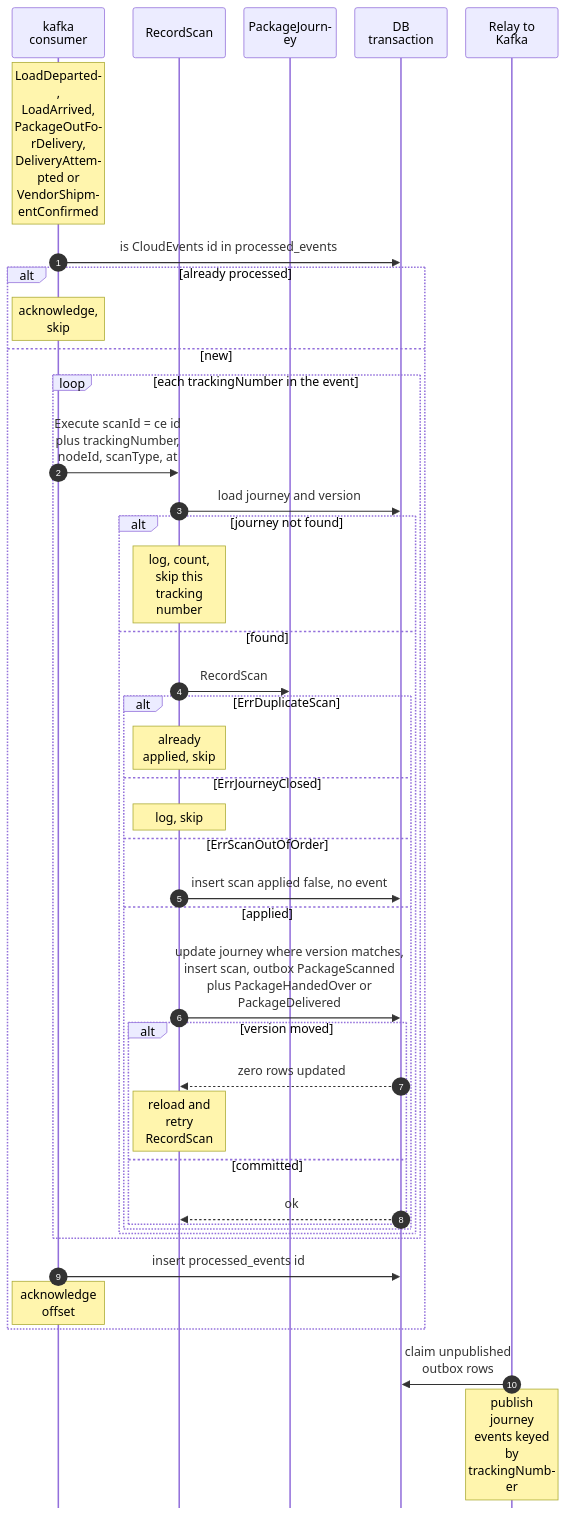
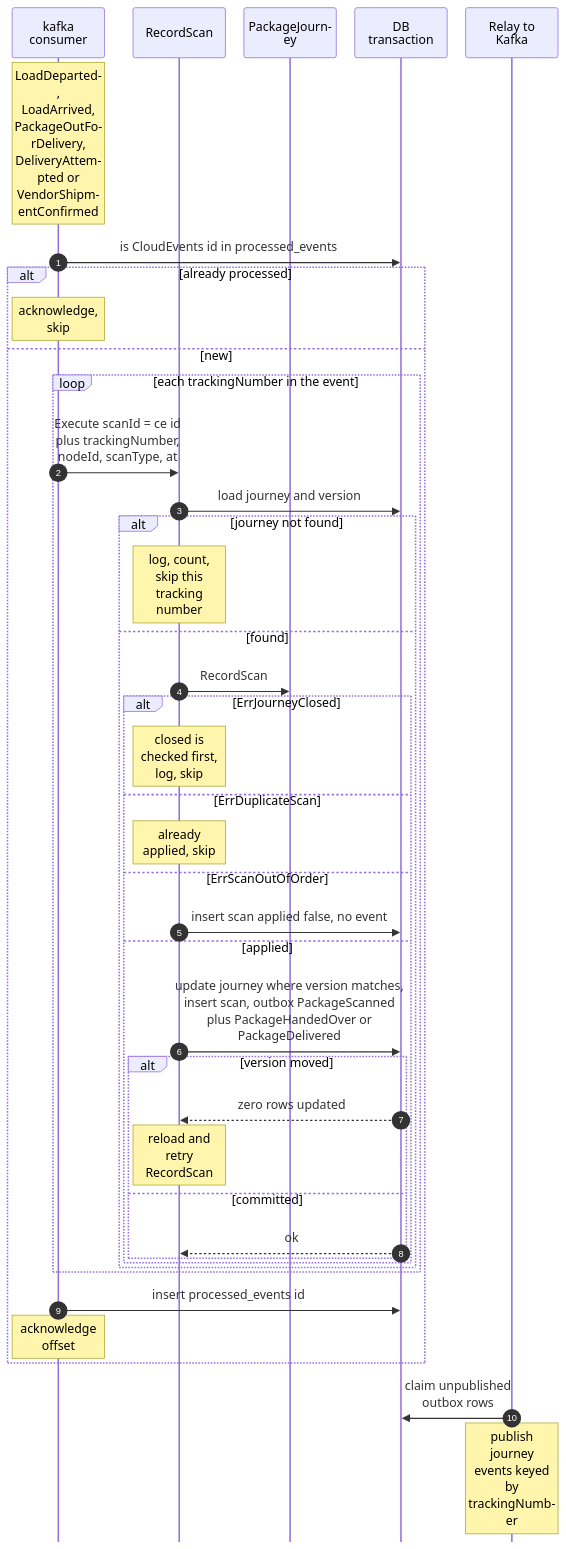
One commit to IQVO/warehouse-docs changed the third of 6 diagrams in network/docs/contexts/shipping-and-tracking/sequence-diagrams.md. Above: the diagram before and after it, drawn with Mermaid. The commit also changed other lines of this file and 9 other files, not shown here.

````diff
--- a/network/docs/contexts/shipping-and-tracking/sequence-diagrams.md
+++ b/network/docs/contexts/shipping-and-tracking/sequence-diagrams.md
@@ -117,44 +127,44 @@
 ```mermaid
 %%{init: {"sequence": {"wrap": true, "width": 120, "actorMargin": 24, "messageMargin": 28, "boxMargin": 6, "noteMargin": 6, "mirrorActors": false}}}%%
 sequenceDiagram
     autonumber
     participant KC as kafka consumer
     participant UC as RecordScan
     participant A as PackageJourney
     participant DB as DB transaction
     participant RL as Relay to Kafka
     Note over KC: LoadDeparted, LoadArrived, PackageOutForDelivery, DeliveryAttempted or VendorShipmentConfirmed
     KC->>DB: is CloudEvents id in processed_events
     alt already processed
         Note over KC: acknowledge, skip
     else new
         loop each trackingNumber in the event
             KC->>UC: Execute scanId = ce id plus trackingNumber, nodeId, scanType, at
             UC->>DB: load journey and version
             alt journey not found
                 Note over UC: log, count, skip this tracking number
             else found
                 UC->>A: RecordScan
-                alt ErrDuplicateScan
+                alt ErrJourneyClosed
+                    Note over UC: closed is checked first, log, skip
+                else ErrDuplicateScan
                     Note over UC: already applied, skip
-                else ErrJourneyClosed
-                    Note over UC: log, skip
                 else ErrScanOutOfOrder
                     UC->>DB: insert scan applied false, no event
                 else applied
                     UC->>DB: update journey where version matches, insert scan, outbox PackageScanned plus PackageHandedOver or PackageDelivered
                     alt version moved
                         DB-->>UC: zero rows updated
                         Note over UC: reload and retry RecordScan
                     else committed
                         DB-->>UC: ok
                     end
                 end
             end
         end
         KC->>DB: insert processed_events id
         Note over KC: acknowledge offset
     end
     RL->>DB: claim unpublished outbox rows
     Note over RL: publish journey events keyed by trackingNumber
 ```
````
